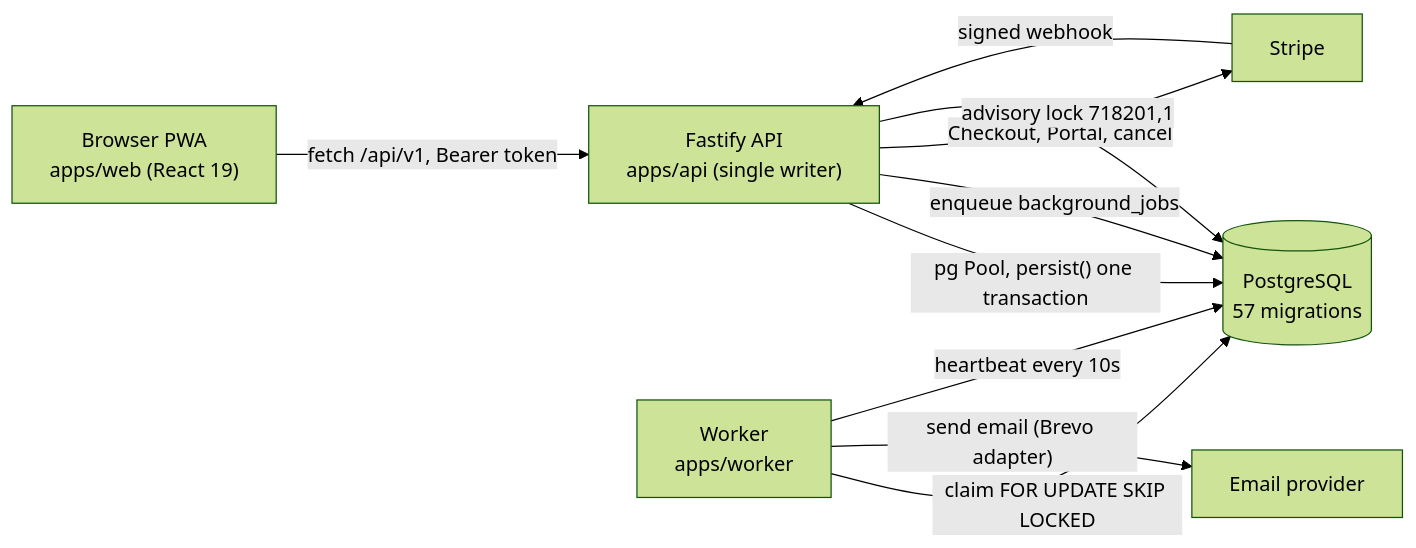
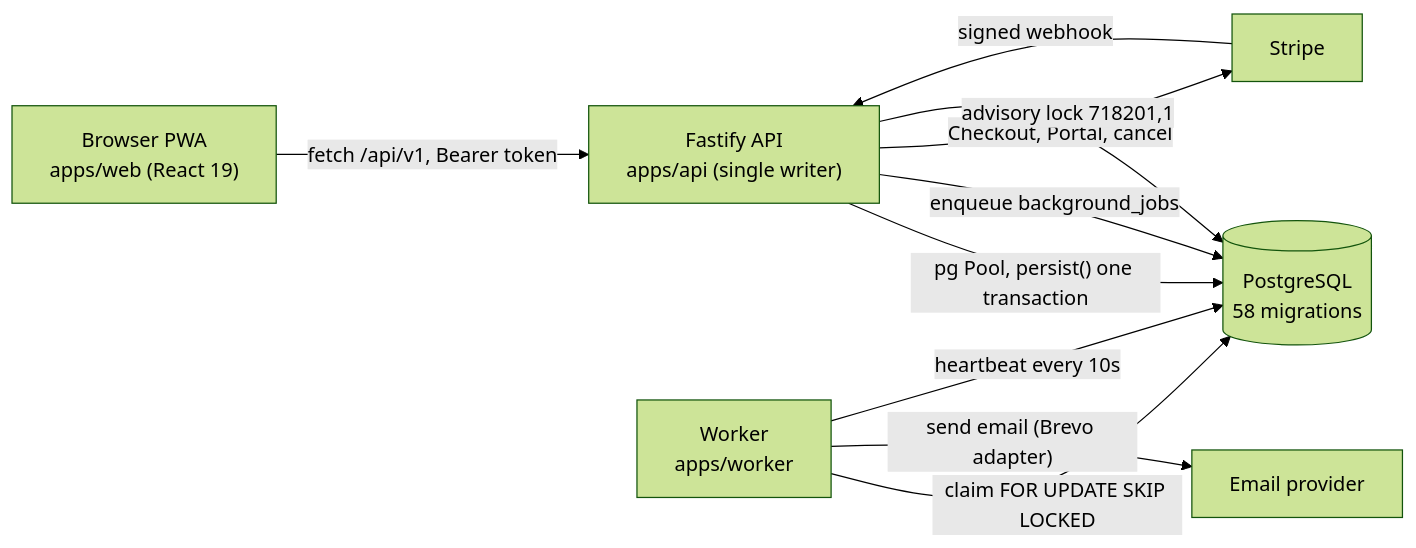
The first of 7 diagrams in docs/system-model/02-flows.md (yhsomani/talentsphere-complete), drawn with Mermaid (forest theme) before and after one commit. The commit also changed 29 other files, not shown here.

````diff
--- a/docs/system-model/02-flows.md
+++ b/docs/system-model/02-flows.md
@@ -15,12 +15,12 @@
 ```mermaid
 flowchart LR
   Browser["Browser PWA<br/>apps/web (React 19)"] -->|"fetch /api/v1, Bearer token"| API["Fastify API<br/>apps/api (single writer)"]
-  API -->|"pg Pool, persist() one transaction"| PG[("PostgreSQL<br/>57 migrations")]
+  API -->|"pg Pool, persist() one transaction"| PG[("PostgreSQL<br/>58 migrations")]
   API -->|"enqueue background_jobs"| PG
   Worker["Worker<br/>apps/worker"] -->|"claim FOR UPDATE SKIP LOCKED"| PG
   Worker -->|"send email (Brevo adapter)"| Mail["Email provider"]
   API -->|"Checkout, Portal, cancel"| Stripe["Stripe"]
   Stripe -->|"signed webhook"| API
   Worker -->|"heartbeat every 10s"| PG
   API -->|"advisory lock 718201,1"| PG
 ```
````
